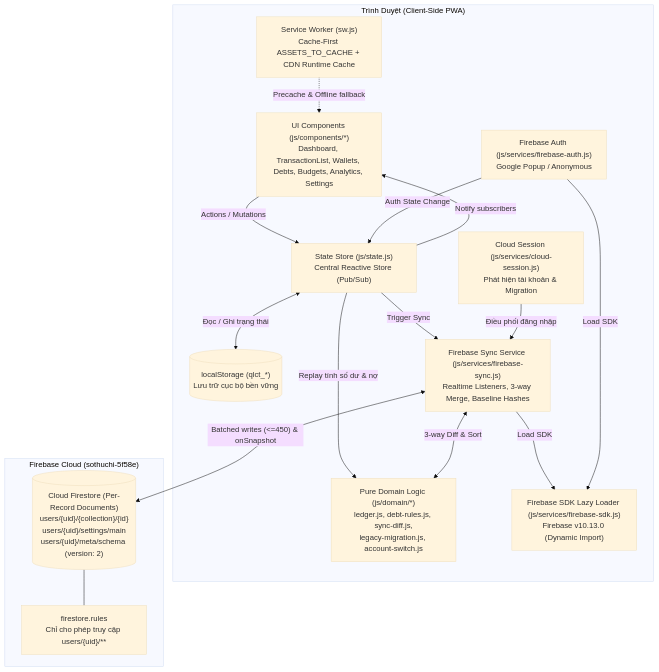
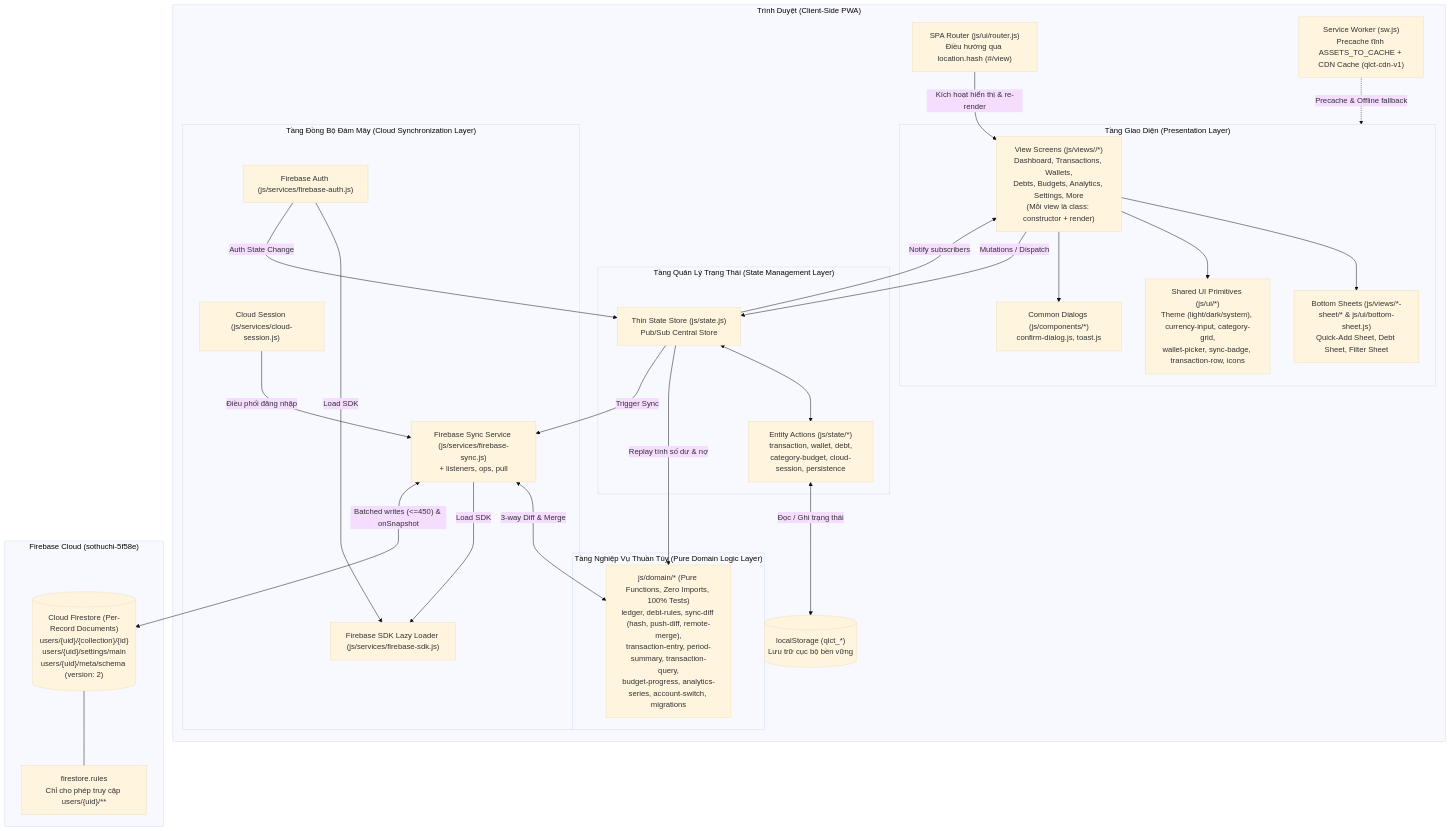
One commit to anhmintdeptrynhatvietnam/QuanLyChiTieu changed the diagram in docs/system-architecture.md. Above: the diagram before and after it, drawn with Mermaid (base theme). The commit also changed other lines of this file and 7 other files, not shown here.

````diff
--- a/docs/system-architecture.md
+++ b/docs/system-architecture.md
@@ -11,33 +12,57 @@
 ```mermaid
 flowchart TD
     subgraph Client["Trình Duyệt (Client-Side PWA)"]
-        UI["UI Components (js/components/*)\nDashboard, TransactionList, Wallets, Debts, Budgets, Analytics, Settings"]
-        State["State Store (js/state.js)\nCentral Reactive Store (Pub/Sub)"]
+        Router["SPA Router (js/ui/router.js)\nĐiều hướng qua location.hash (#/view)"]
+        
+        subgraph Presentation["Tầng Giao Diện (Presentation Layer)"]
+            Views["View Screens (js/views/<screen>/*)\nDashboard, Transactions, Wallets,\nDebts, Budgets, Analytics, Settings, More\n(Mỗi view là class: constructor + render)"]
+            Sheets["Bottom Sheets (js/views/*-sheet/* & js/ui/bottom-sheet.js)\nQuick-Add Sheet, Debt Sheet, Filter Sheet"]
+            SharedUI["Shared UI Primitives (js/ui/*)\nTheme (light/dark/system), currency-input, category-grid,\nwallet-picker, sync-badge, transaction-row, icons"]
+            Components["Common Dialogs (js/components/*)\nconfirm-dialog.js, toast.js"]
+        end
+
+        subgraph StateManagement["Tầng Quản Lý Trạng Thái (State Management Layer)"]
+            Store["Thin State Store (js/state.js)\nPub/Sub Central Store"]
+            Actions["Entity Actions (js/state/*)\ntransaction, wallet, debt,\ncategory-budget, cloud-session, persistence"]
+        end
+
         LocalStorage[("localStorage (qlct_*)\nLưu trữ cục bộ bền vững")]
-        Domain["Pure Domain Logic (js/domain/*)\nledger.js, debt-rules.js, sync-diff.js,\nlegacy-migration.js, account-switch.js"]
-        CloudSession["Cloud Session (js/services/cloud-session.js)\nPhát hiện tài khoản & Migration"]
-        SyncService["Firebase Sync Service (js/services/firebase-sync.js)\nRealtime Listeners, 3-way Merge, Baseline Hashes"]
-        FirebaseAuth["Firebase Auth (js/services/firebase-auth.js)\nGoogle Popup / Anonymous"]
-        FirebaseSDK["Firebase SDK Lazy Loader (js/services/firebase-sdk.js)\nFirebase v10.13.0 (Dynamic Import)"]
-        SW["Service Worker (sw.js)\nCache-First ASSETS_TO_CACHE + CDN Runtime Cache"]
+
+        subgraph DomainLogic["Tầng Nghiệp Vụ Thuần Túy (Pure Domain Logic Layer)"]
+            Domain["js/domain/* (Pure Functions, Zero Imports, 100% Tests)\nledger, debt-rules, sync-diff (hash, push-diff, remote-merge),\ntransaction-entry, period-summary, transaction-query,\nbudget-progress, analytics-series, account-switch, migrations"]
+        end
+
+        subgraph CloudSync["Tầng Đồng Bộ Đám Mây (Cloud Synchronization Layer)"]
+            SyncService["Firebase Sync Service (js/services/firebase-sync.js)\n+ listeners, ops, pull"]
+            CloudSession["Cloud Session (js/services/cloud-session.js)"]
+            FirebaseAuth["Firebase Auth (js/services/firebase-auth.js)"]
+            FirebaseSDK["Firebase SDK Lazy Loader (js/services/firebase-sdk.js)"]
+        end
+
+        SW["Service Worker (sw.js)\nPrecache tĩnh ASSETS_TO_CACHE + CDN Cache (qlct-cdn-v1)"]
     end
 
     subgraph Cloud["Firebase Cloud (sothuchi-5f58e)"]
         Firestore[("Cloud Firestore (Per-Record Documents)\nusers/{uid}/{collection}/{id}\nusers/{uid}/settings/main\nusers/{uid}/meta/schema (version: 2)")]
         Rules["firestore.rules\nChỉ cho phép truy cập users/{uid}/**"]
     end
 
-    UI -->|"Actions / Mutations"| State
-    State -->|"Notify subscribers"| UI
-    State <-->|"Đọc / Ghi trạng thái"| LocalStorage
-    State -->|"Replay tính số dư & nợ"| Domain
-    State -->|"Trigger Sync"| SyncService
+    Router -->|"Kích hoạt hiển thị & re-render"| Views
+    Views --> Sheets
+    Views --> SharedUI
+    Views --> Components
+    Views -->|"Mutations / Dispatch"| Store
+    Store <--> Actions
+    Actions <-->|"Đọc / Ghi trạng thái"| LocalStorage
+    Store -->|"Replay tính số dư & nợ"| Domain
+    Store -->|"Notify subscribers"| Views
+    Store -->|"Trigger Sync"| SyncService
     CloudSession -->|"Điều phối đăng nhập"| SyncService
-    SyncService <-->|"3-way Diff & Sort"| Domain
+    SyncService <-->|"3-way Diff & Merge"| Domain
     SyncService -->|"Load SDK"| FirebaseSDK
     FirebaseAuth -->|"Load SDK"| FirebaseSDK
-    FirebaseAuth -->|"Auth State Change"| State
+    FirebaseAuth -->|"Auth State Change"| Store
     SyncService <-->|"Batched writes (<=450) & onSnapshot"| Firestore
     Firestore --- Rules
-    SW -.->|"Precache & Offline fallback"| UI
+    SW -.->|"Precache & Offline fallback"| Presentation
 ```
````
